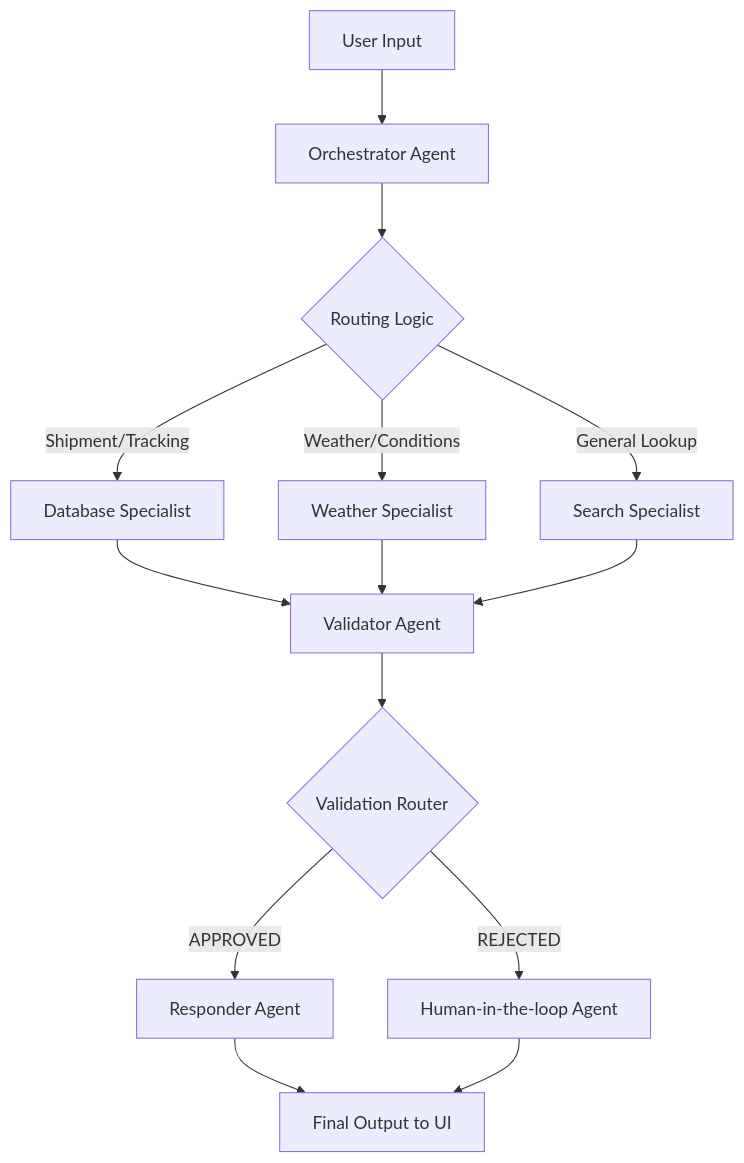
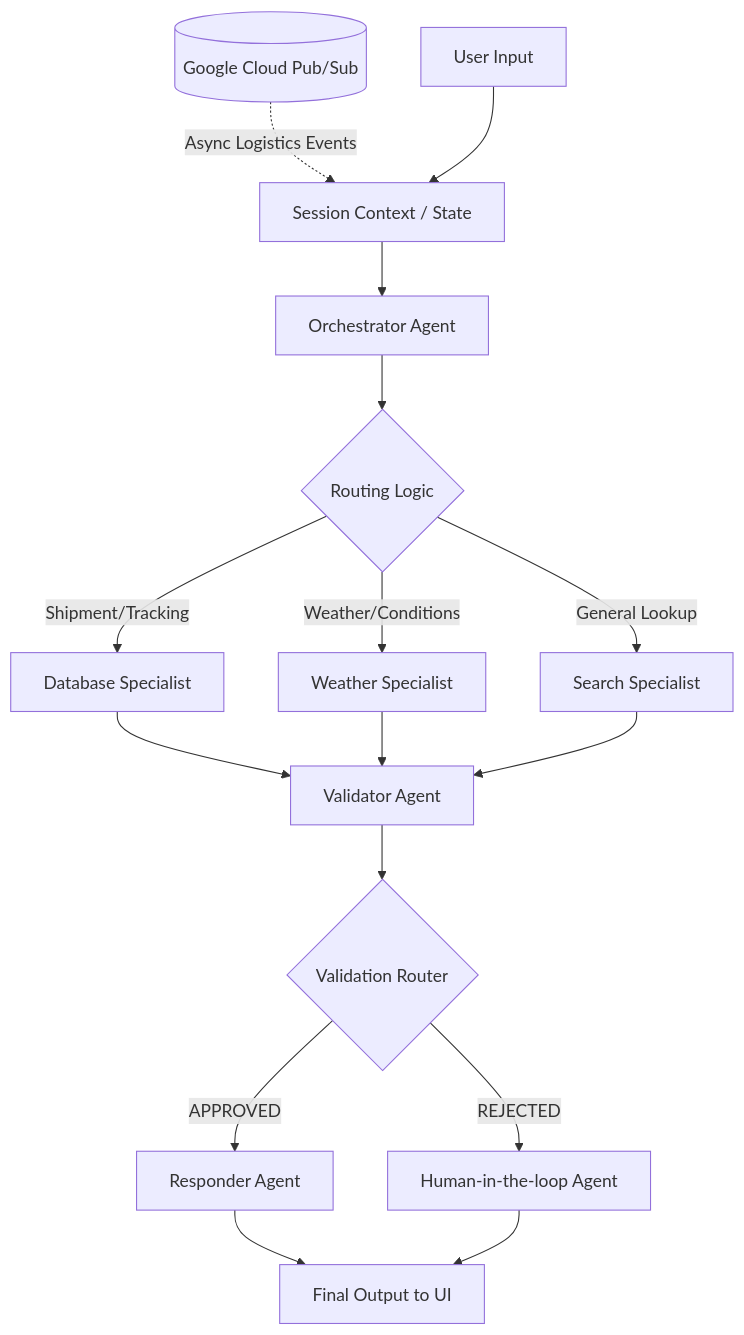
The diagram in README.md (abhishekkr9/ai-supply-chain-agent), drawn with Mermaid before and after one commit.

````diff
--- a/README.md
+++ b/README.md
@@ -26,21 +26,24 @@
 ```mermaid
 graph TD
-    Start[User Input] --> Orchestrator[Orchestrator Agent]
+    PubSub[(Google Cloud Pub/Sub)] -.->|Async Logistics Events| Context[Session Context / State]
+    Start[User Input] --> Context
+    Context --> Orchestrator[Orchestrator Agent]
+    
     Orchestrator --> Router{Routing Logic}
     
     Router -->|Shipment/Tracking| DB[Database Specialist]
     Router -->|Weather/Conditions| Weather[Weather Specialist]
     Router -->|General Lookup| Search[Search Specialist]
     
     DB --> Validator[Validator Agent]
     Weather --> Validator
     Search --> Validator
     
     Validator --> ValRouter{Validation Router}
     
     ValRouter -->|APPROVED| Responder[Responder Agent]
     ValRouter -->|REJECTED| HITL[Human-in-the-loop Agent]
     
     Responder --> Output[Final Output to UI]
     HITL --> Output
 ```
````
